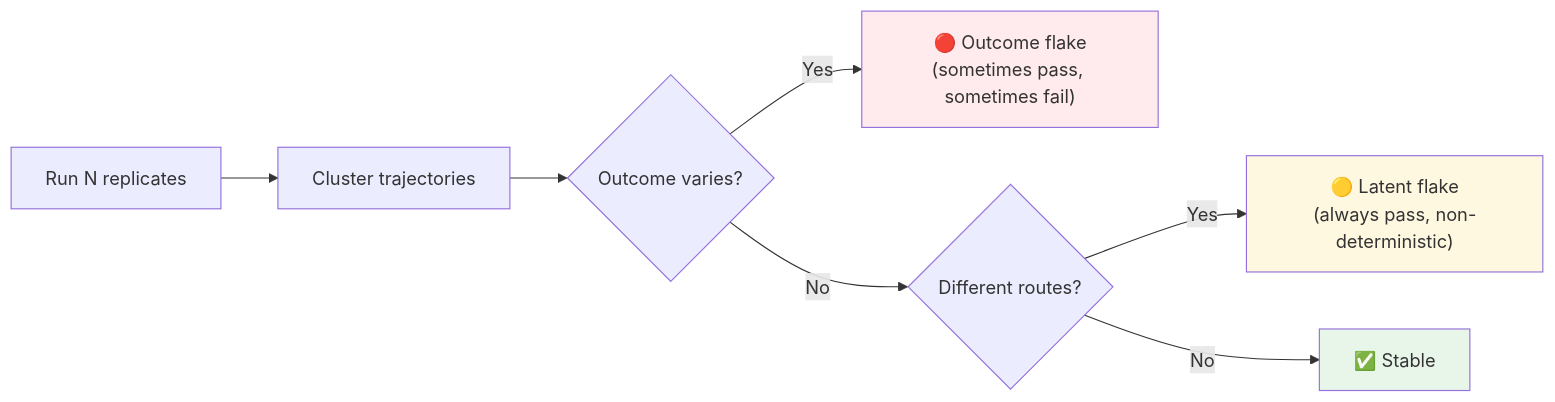
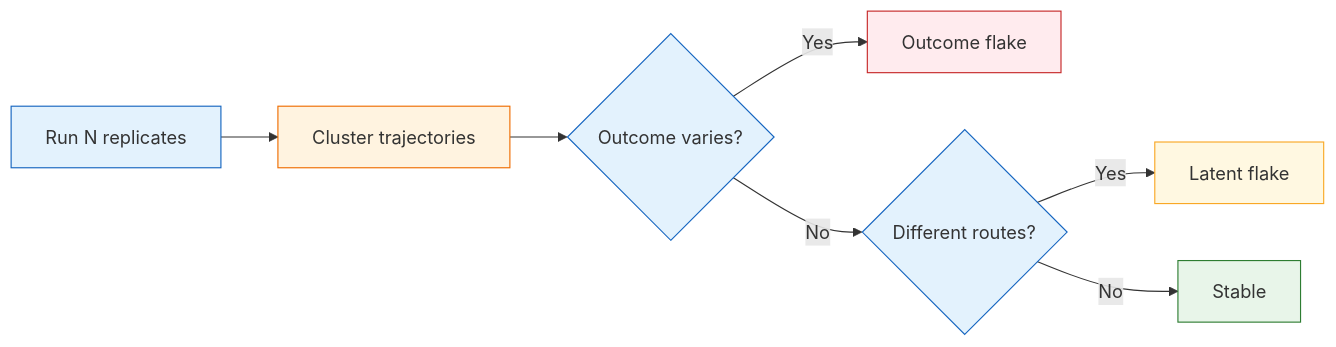
The fourth of 11 diagrams in README.md (Mehul-bisht-0/Driftbench--AI-regression-testing-harness), drawn with Mermaid before and after one commit. The commit also changed other lines of this file, not shown here.

````diff
--- a/README.md
+++ b/README.md
@@ -210,13 +220,17 @@
 ```mermaid
 flowchart LR
     A["Run N replicates"] --> B["Cluster trajectories"]
     B --> C{"Outcome varies?"}
-    C -->|"Yes"| D["🔴 Outcome flake\n(sometimes pass, sometimes fail)"]
+    C -->|"Yes"| D["Outcome flake"]
     C -->|"No"| E{"Different routes?"}
-    E -->|"Yes"| F["🟡 Latent flake\n(always pass, non-deterministic)"]
-    E -->|"No"| G["✅ Stable"]
+    E -->|"Yes"| F["Latent flake"]
+    E -->|"No"| G["Stable"]
 
-    style D fill:#ffebee
-    style F fill:#fff8e1
-    style G fill:#e8f5e9
+    style A fill:#e3f2fd,stroke:#1565c0
+    style B fill:#fff3e0,stroke:#ef6c00
+    style C fill:#e3f2fd,stroke:#1565c0
+    style D fill:#ffebee,stroke:#c62828
+    style E fill:#e3f2fd,stroke:#1565c0
+    style F fill:#fff8e1,stroke:#f9a825
+    style G fill:#e8f5e9,stroke:#2e7d32
 ```
````
